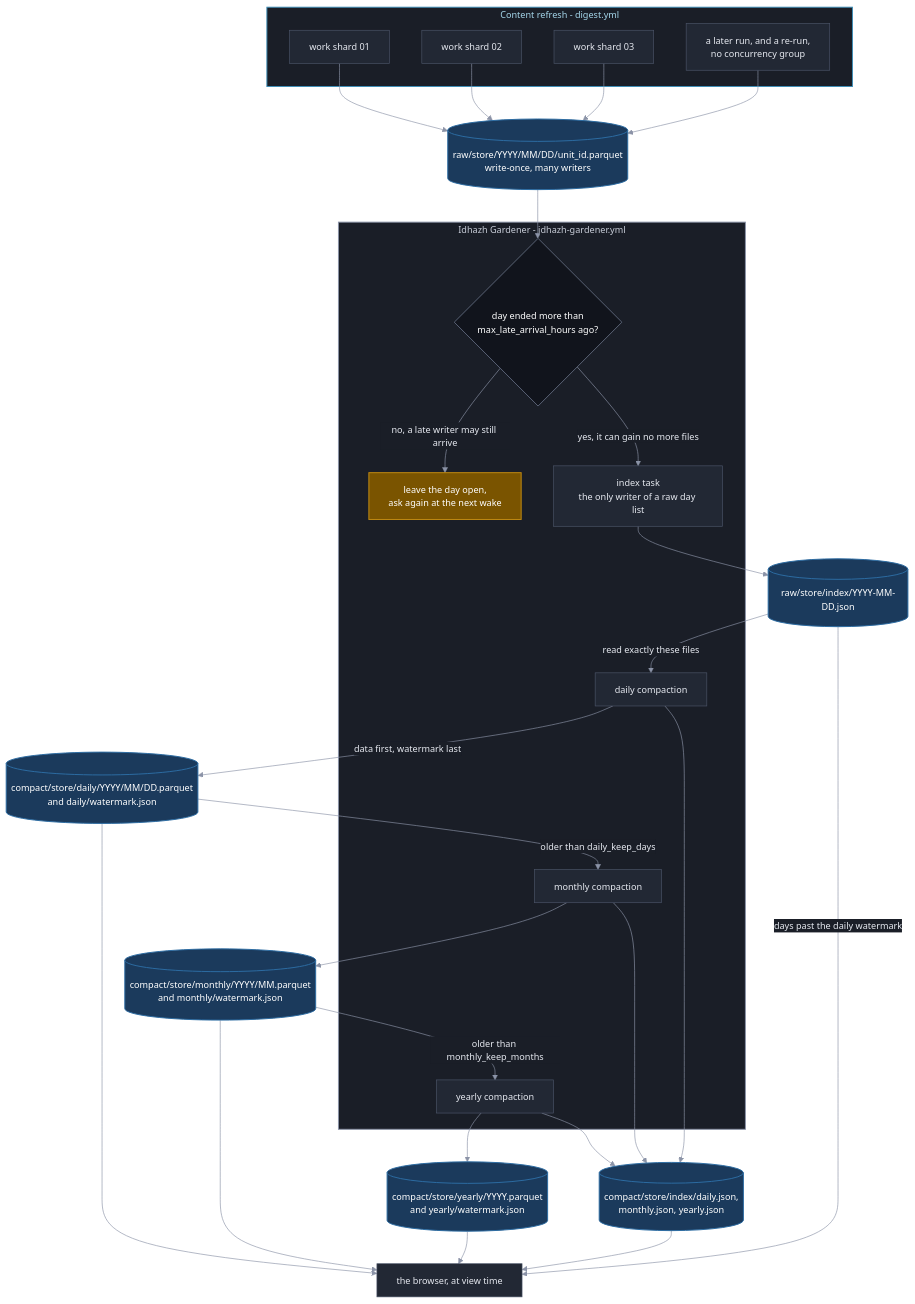
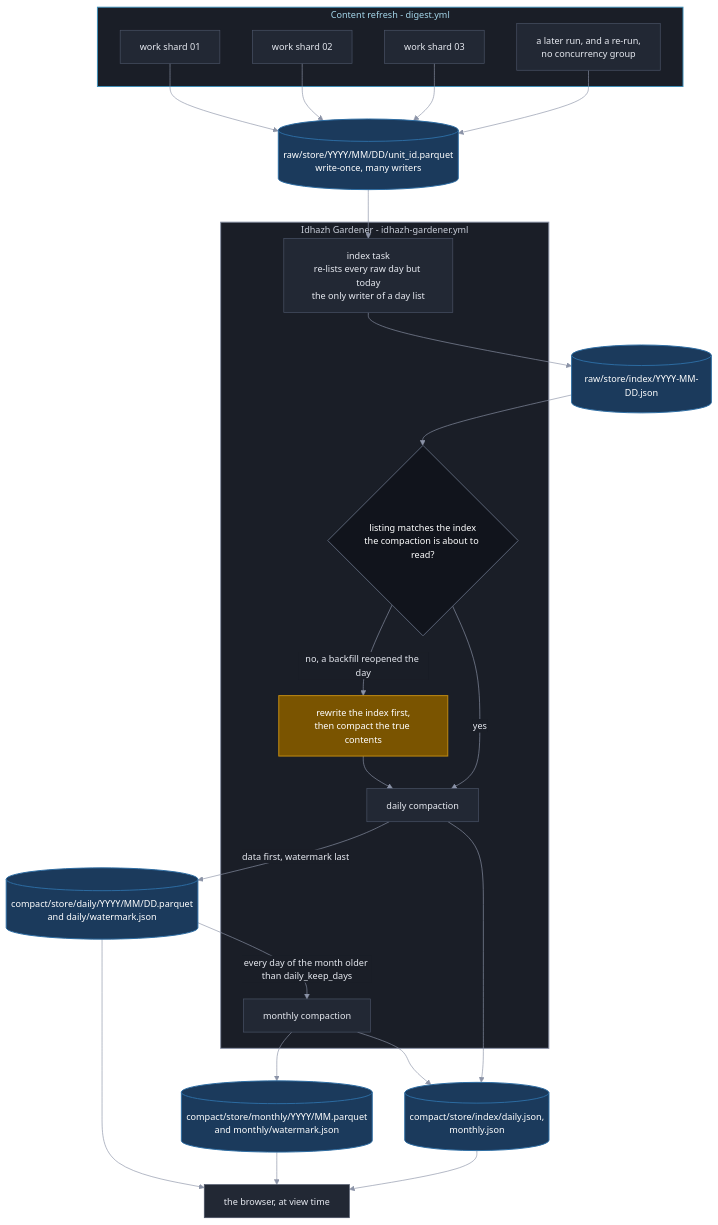
Before and after one commit to miztiik/yen-idhazh: the second of 2 diagrams in TODO/20260924-50-idhazh-gardener-plan.md, drawn with Mermaid. The commit also changed other lines of this file and 1 other file, not shown here.

````diff
--- a/TODO/20260924-50-idhazh-gardener-plan.md
+++ b/TODO/20260924-50-idhazh-gardener-plan.md
@@ -219,65 +226,59 @@
 ```mermaid
 %%{init: {"theme": "base", "themeVariables": {"background": "#0f1117", "primaryColor": "#222834", "primaryTextColor": "#e6e9f0", "primaryBorderColor": "#4b5468", "lineColor": "#8b93a7", "textColor": "#e6e9f0", "clusterBkg": "#1a1e27", "clusterBorder": "#3a4254", "titleColor": "#e6e9f0", "edgeLabelBackground": "#1a1e27", "fontSize": "14px"}}}%%
 flowchart TB
   subgraph REFRESH["Content refresh - digest.yml"]
     W1["work shard 01"]
     W2["work shard 02"]
     W3["work shard 03"]
     WN["a later run, and a re-run,<br/>no concurrency group"]
   end
 
   RAWF[("raw/store/YYYY/MM/DD/unit_id.parquet<br/>write-once, many writers")]
 
   subgraph GARDEN["Idhazh Gardener - idhazh-gardener.yml"]
-    GATE{"day ended more than<br/>max_late_arrival_hours ago?"}
-    HOLD["leave the day open,<br/>ask again at the next wake"]
-    IDXJOB["index task<br/>the only writer of a raw day list"]
+    IDXJOB["index task<br/>re-lists every raw day but today<br/>the only writer of a day list"]
+    GATE{"listing matches the index<br/>the compaction is about to read?"}
+    RELIST["rewrite the index first,<br/>then compact the true contents"]
     CD["daily compaction"]
     CM["monthly compaction"]
-    CY["yearly compaction"]
   end
 
   RIDXF[("raw/store/index/YYYY-MM-DD.json")]
   DAILY[("compact/store/daily/YYYY/MM/DD.parquet<br/>and daily/watermark.json")]
   MONTHLY[("compact/store/monthly/YYYY/MM.parquet<br/>and monthly/watermark.json")]
-  YEARLY[("compact/store/yearly/YYYY.parquet<br/>and yearly/watermark.json")]
-  CIDXF[("compact/store/index/daily.json,<br/>monthly.json, yearly.json")]
+  CIDXF[("compact/store/index/daily.json,<br/>monthly.json")]
   READER["the browser, at view time"]
 
   W1 --> RAWF
   W2 --> RAWF
   W3 --> RAWF
   WN --> RAWF
-  RAWF --> GATE
-  GATE -->|"no, a late writer may still arrive"| HOLD
-  GATE -->|"yes, it can gain no more files"| IDXJOB
+  RAWF --> IDXJOB
   IDXJOB --> RIDXF
-  RIDXF -->|"read exactly these files"| CD
+  RIDXF --> GATE
+  GATE -->|"no, a backfill reopened the day"| RELIST
+  GATE -->|"yes"| CD
+  RELIST --> CD
   CD -->|"data first, watermark last"| DAILY
-  DAILY -->|"older than daily_keep_days"| CM
+  DAILY -->|"every day of the month older than daily_keep_days"| CM
   CM --> MONTHLY
-  MONTHLY -->|"older than monthly_keep_months"| CY
-  CY --> YEARLY
   CD --> CIDXF
   CM --> CIDXF
-  CY --> CIDXF
-  YEARLY --> READER
   MONTHLY --> READER
   DAILY --> READER
   CIDXF --> READER
-  RIDXF -->|"days past the daily watermark"| READER
 
   classDef stage fill:#222834,stroke:#4b5468,stroke-width:1px,color:#e6e9f0;
   classDef decision fill:#11141c,stroke:#5b6477,stroke-width:1.5px,color:#ffffff;
   classDef warn fill:#7a5400,stroke:#c08a12,stroke-width:1.5px,color:#ffffff;
   classDef store fill:#1b3a5c,stroke:#2d6ca3,stroke-width:1.5px,color:#ffffff;
   classDef sysOps fill:#1a1e27,stroke:#8b93a7,stroke-width:1.5px,color:#c8cdd8;
   classDef sysPublish fill:#1a1e27,stroke:#3f8fb8,stroke-width:1.5px,color:#a5d6ea;
 
-  class W1,W2,W3,WN,IDXJOB,CD,CM,CY,READER stage;
+  class W1,W2,W3,WN,IDXJOB,CD,CM,READER stage;
   class GATE decision;
-  class HOLD warn;
-  class RAWF,RIDXF,DAILY,MONTHLY,YEARLY,CIDXF store;
+  class RELIST warn;
+  class RAWF,RIDXF,DAILY,MONTHLY,CIDXF store;
   class REFRESH sysPublish;
   class GARDEN sysOps;
 ```
````
